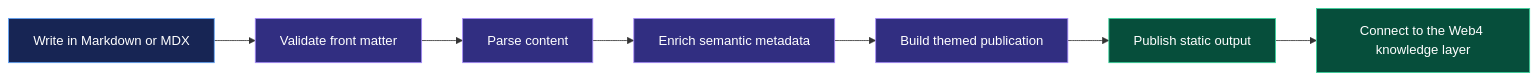
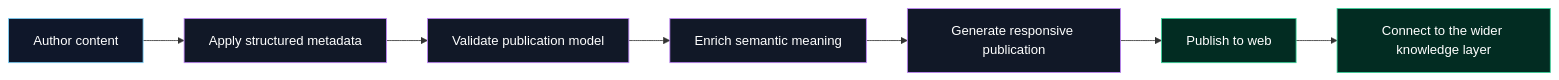
The first of 3 diagrams in index.md (web4hub/web4-publisher), drawn with Mermaid before and after one commit. The commit also changed other lines of this file, not shown here.

Commit message:
Apply final premium landing-page polish to index.md

````diff
--- a/index.md
+++ b/index.md
@@ -54,17 +65,17 @@
 ```mermaid
 flowchart LR
-    A[Write in Markdown or MDX] --> B[Validate front matter]
-    B --> C[Parse content]
-    C --> D[Enrich semantic metadata]
-    D --> E[Build themed publication]
-    E --> F[Publish static output]
-    F --> G[Connect to the Web4 knowledge layer]
+    A[Author content] --> B[Apply structured metadata]
+    B --> C[Validate publication model]
+    C --> D[Enrich semantic meaning]
+    D --> E[Generate responsive publication]
+    E --> F[Publish to web]
+    F --> G[Connect to the wider knowledge layer]
 
-    classDef input fill:#172554,stroke:#60a5fa,color:#fff
-    classDef process fill:#312e81,stroke:#a78bfa,color:#fff
-    classDef output fill:#064e3b,stroke:#34d399,color:#fff
+    classDef author fill:#0f172a,stroke:#7dd3fc,color:#fff
+    classDef process fill:#111827,stroke:#c084fc,color:#fff
+    classDef publish fill:#022c22,stroke:#34d399,color:#fff
 
-    class A input
+    class A author
     class B,C,D,E process
-    class F,G output
+    class F,G publish
 ```
````
